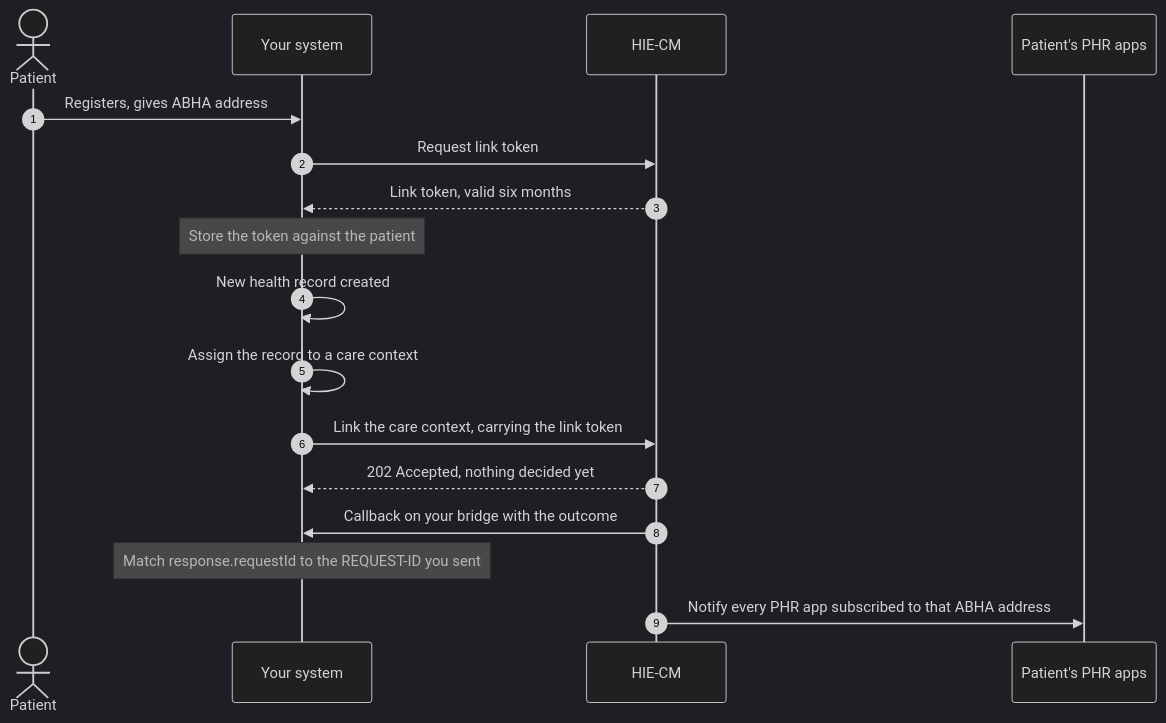
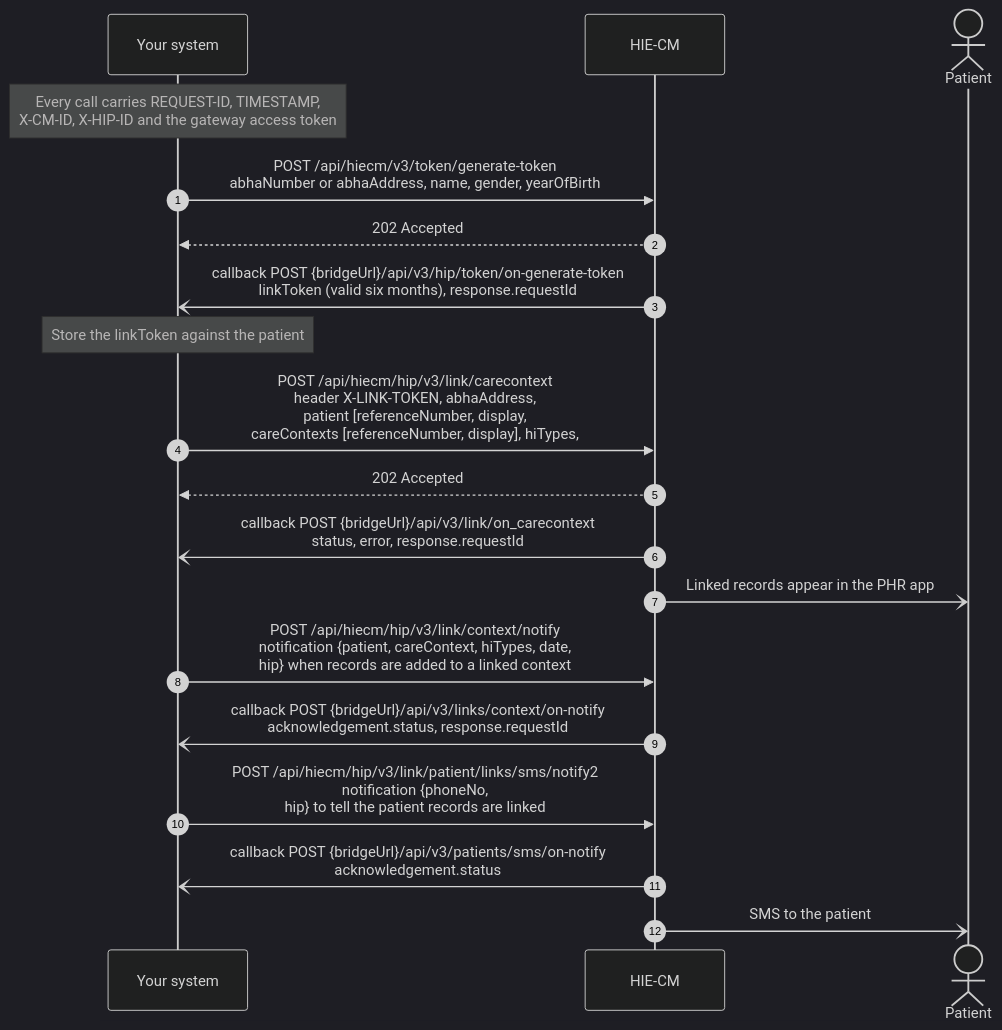
One commit to nha-in/docs changed the first of 3 diagrams in site/docs/hiecm/v3/milestones/m2.mdx. Above: the diagram before and after it, drawn with Mermaid (dark theme). The commit also changed other lines of this file and 4 other files, not shown here.

````diff
--- a/site/docs/hiecm/v3/milestones/m2.mdx
+++ b/site/docs/hiecm/v3/milestones/m2.mdx
@@ -138,19 +138,21 @@
 ```mermaid
 sequenceDiagram
     autonumber
-    actor P as Patient
     participant S as Your system
     participant CM as HIE-CM
-    participant A as Patient's PHR apps
-    P->>S: Registers, gives ABHA address
-    S->>CM: Request link token
-    CM-->>S: Link token, valid six months
-    Note over S: Store the token against the patient
-    S->>S: New health record created
-    S->>S: Assign the record to a care context
-    S->>CM: Link the care context, carrying the link token
-    CM-->>S: 202 Accepted, nothing decided yet
-    CM->>S: Callback on your bridge with the outcome
-    Note over S: Match response.requestId to the REQUEST-ID you sent
-    CM->>A: Notify every PHR app subscribed to that ABHA address
+    actor P as Patient
+    Note over S: Every call carries REQUEST-ID, TIMESTAMP,<br/>X-CM-ID, X-HIP-ID and the gateway access token
+    S->>CM: POST /api/hiecm/v3/token/generate-token<br/>abhaNumber or abhaAddress, name, gender, yearOfBirth
+    CM-->>S: 202 Accepted
+    CM-)S: callback POST {bridgeUrl}/api/v3/hip/token/on-generate-token<br/>linkToken (valid six months), response.requestId
+    Note over S: Store the linkToken against the patient
+    S->>CM: POST /api/hiecm/hip/v3/link/carecontext<br/>header X-LINK-TOKEN, abhaAddress,<br/>patient [referenceNumber, display,<br/>careContexts [referenceNumber, display], hiTypes,
+    CM-->>S: 202 Accepted
+    CM-)S: callback POST {bridgeUrl}/api/v3/link/on_carecontext<br/>status, error, response.requestId
+    CM-)P: Linked records appear in the PHR app
+    S->>CM: POST /api/hiecm/hip/v3/link/context/notify<br/>notification {patient, careContext, hiTypes, date,<br/>hip} when records are added to a linked context
+    CM-)S: callback POST {bridgeUrl}/api/v3/links/context/on-notify<br/>acknowledgement.status, response.requestId
+    S->>CM: POST /api/hiecm/hip/v3/link/patient/links/sms/notify2<br/>notification {phoneNo,<br/>hip} to tell the patient records are linked
+    CM-)S: callback POST {bridgeUrl}/api/v3/patients/sms/on-notify<br/>acknowledgement.status
+    CM-)P: SMS to the patient
 ```
````
